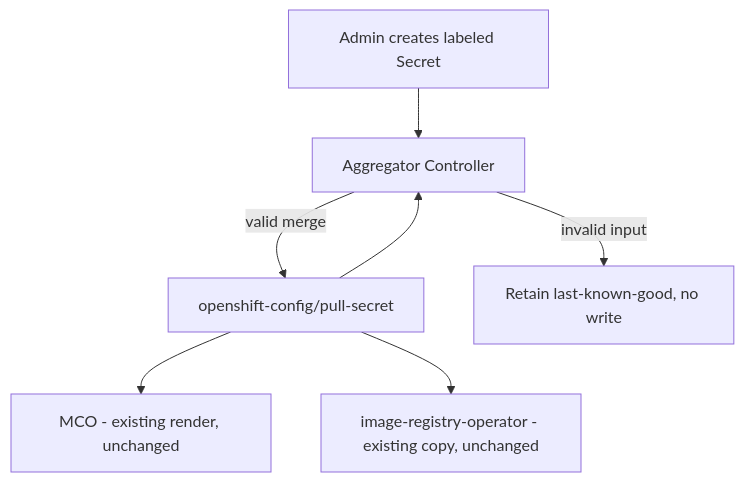
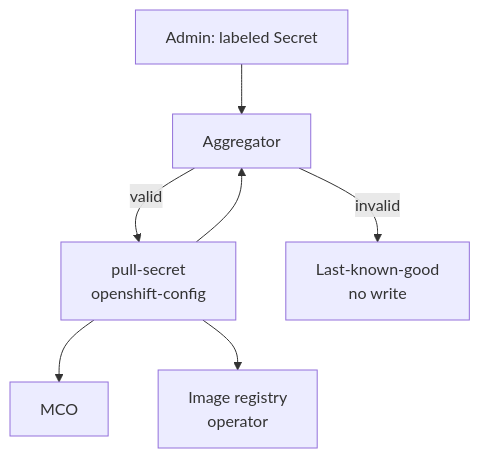
The diagram in enhancements/node-pull-credentials/multi-secret-global-pull-configuration.md (openshift/enhancements), drawn with Mermaid before and after one commit.

Commit message:
Shorten workflow Mermaid labels for readable GitHub preview

````diff
--- a/enhancements/node-pull-credentials/multi-secret-global-pull-configuration.md
+++ b/enhancements/node-pull-credentials/multi-secret-global-pull-configuration.md
@@ -74,9 +74,9 @@
 ```mermaid
 flowchart TD
-    A[Admin creates labeled Secret] --> C[Aggregator Controller]
-    B[openshift-config/pull-secret] --> C
-    C -->|valid merge| B
-    C -->|invalid input| D[Retain last-known-good, no write]
-    B --> M[MCO - existing render, unchanged]
-    B --> R[image-registry-operator - existing copy, unchanged]
+    A[Admin: labeled Secret] --> C[Aggregator]
+    P[pull-secret<br/>openshift-config] --> C
+    C -->|valid| P
+    C -->|invalid| D[Last-known-good<br/>no write]
+    P --> M[MCO]
+    P --> R[Image registry<br/>operator]
 ```
````
